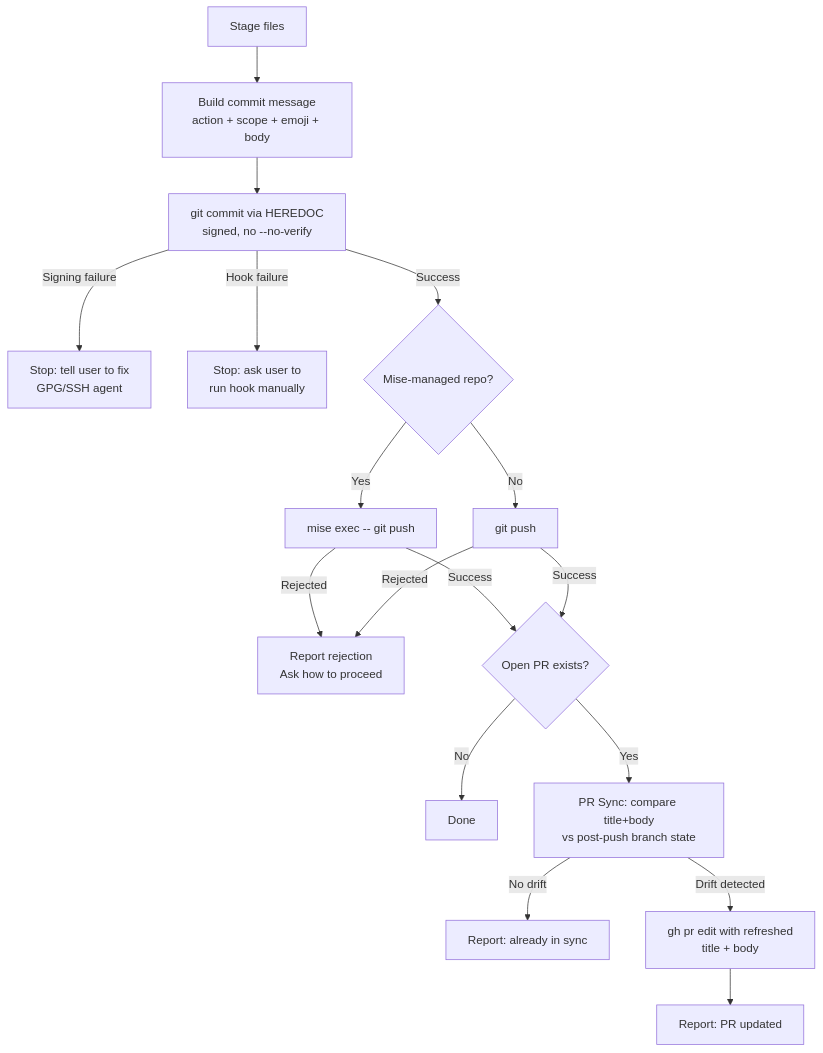
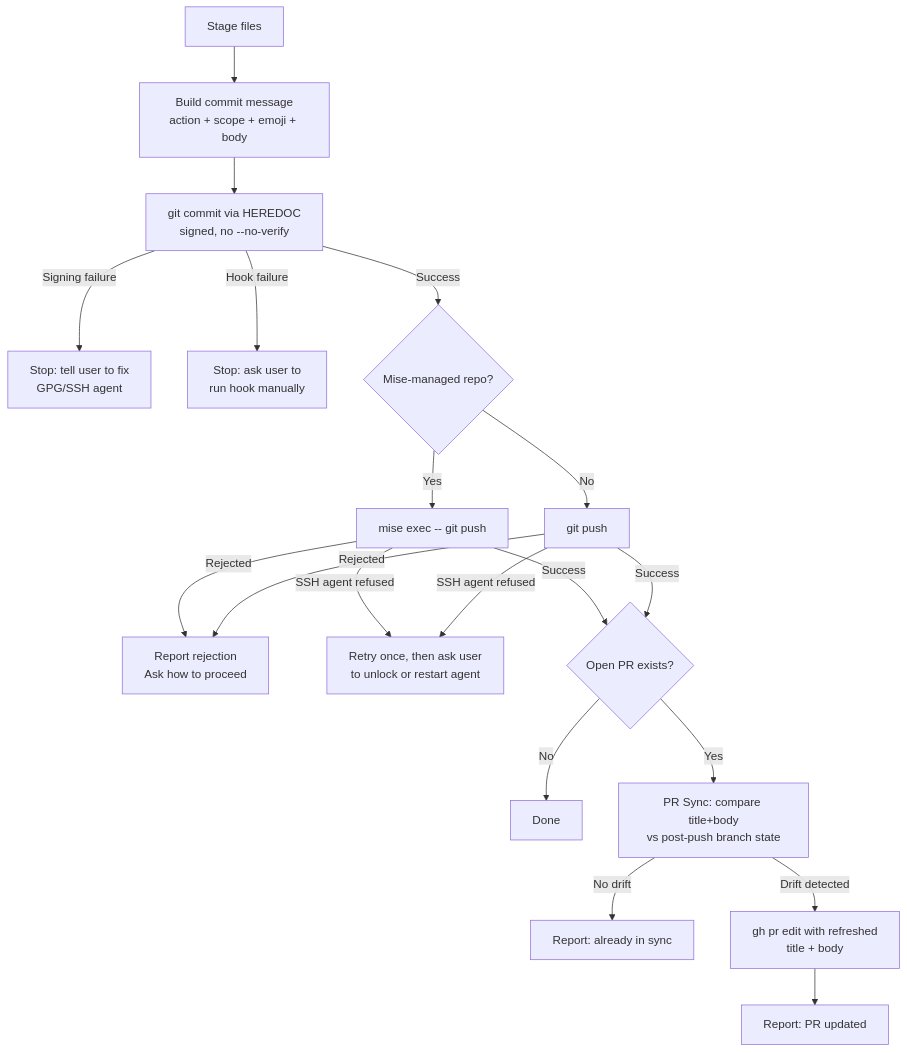
Before and after one commit to whizzzkid/skills: the diagram in skills/commit/README.md, drawn with Mermaid. The commit also changed other lines of this file and 3 other files, not shown here.

First line of the commit message:
feat(commit): 🛡️ stop after one retry on an SSH-agent push refusal instead of chaining HTTPS fallbacks

````diff
--- a/skills/commit/README.md
+++ b/skills/commit/README.md
@@ -16,17 +16,18 @@
 ```mermaid
 flowchart TD
     A[Stage files] --> B[Build commit message<br/>action + scope + emoji + body]
     B --> C[git commit via HEREDOC<br/>signed, no --no-verify]
     C -->|Signing failure| D[Stop: tell user to fix<br/>GPG/SSH agent]
     C -->|Hook failure| E[Stop: ask user to<br/>run hook manually]
     C -->|Success| F{Mise-managed repo?}
     F -->|Yes| G[mise exec -- git push]
     F -->|No| H[git push]
     G & H -->|Rejected| I[Report rejection<br/>Ask how to proceed]
+    G & H -->|SSH agent refused| P[Retry once, then ask user<br/>to unlock or restart agent]
     G & H -->|Success| J{Open PR exists?}
     J -->|No| K[Done]
     J -->|Yes| L[PR Sync: compare title+body<br/>vs post-push branch state]
     L -->|No drift| M[Report: already in sync]
     L -->|Drift detected| N[gh pr edit with refreshed<br/>title + body]
     N --> O[Report: PR updated]
 ```
````
